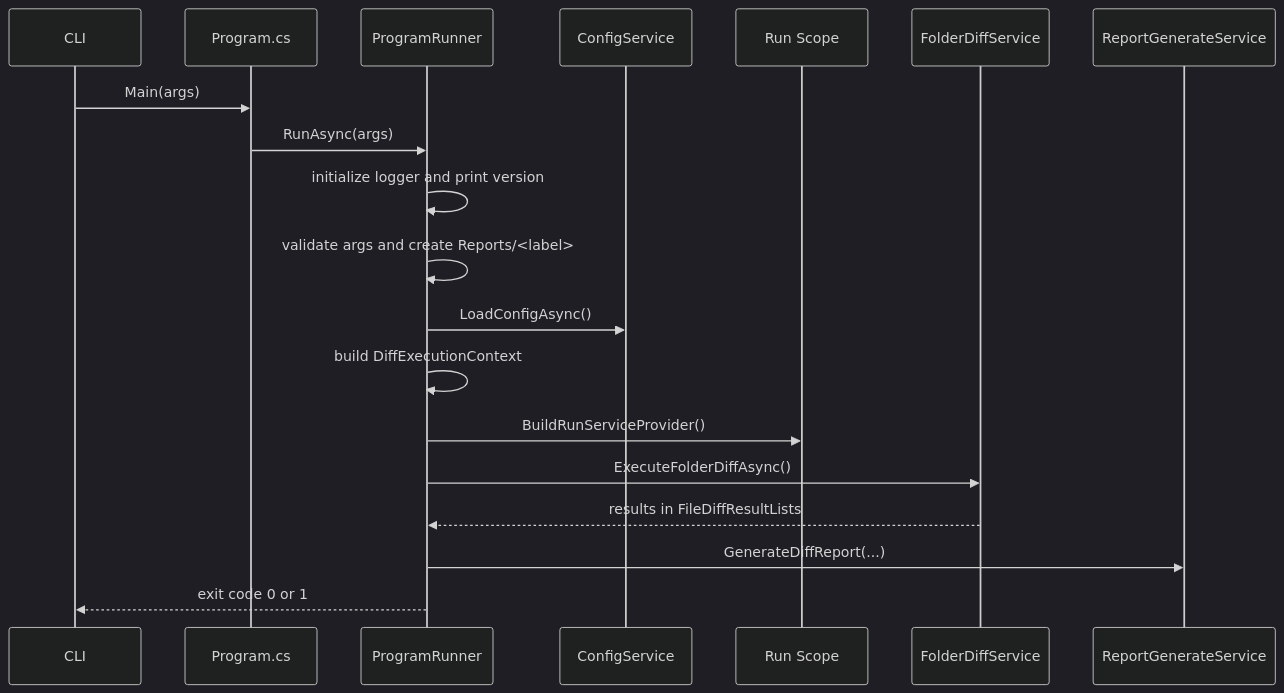
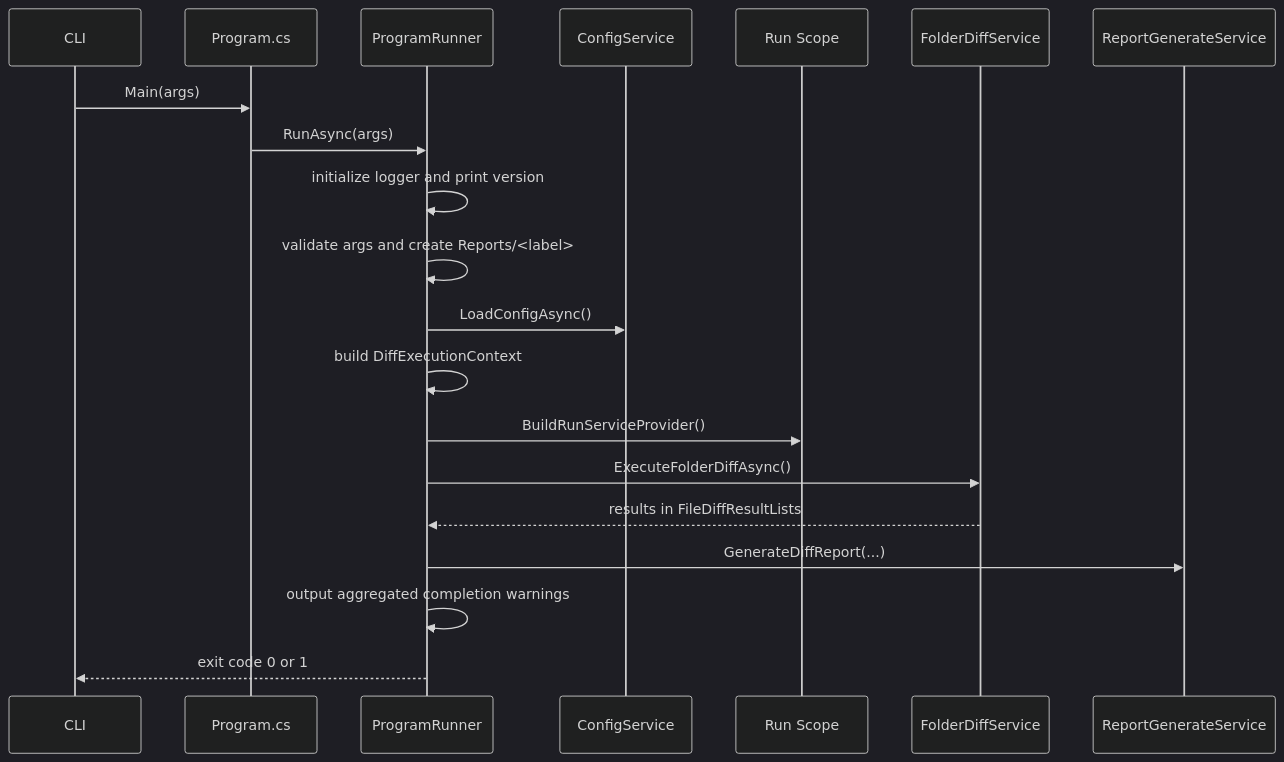
One commit to Widthdom/FolderDiffIL4DotNet changed the second of 10 diagrams in doc/DEVELOPER_GUIDE.md. Above: the diagram before and after it, drawn with Mermaid (dark theme). The commit also changed other lines of this file and 8 other files, not shown here.

````diff
--- a/doc/DEVELOPER_GUIDE.md
+++ b/doc/DEVELOPER_GUIDE.md
@@ -80,22 +80,23 @@
 ```mermaid
 sequenceDiagram
     participant CLI as CLI
     participant Program as Program.cs
     participant Runner as ProgramRunner
     participant Config as ConfigService
     participant Scope as Run Scope
     participant Diff as FolderDiffService
     participant Report as ReportGenerateService
 
     CLI->>Program: Main(args)
     Program->>Runner: RunAsync(args)
     Runner->>Runner: initialize logger and print version
     Runner->>Runner: validate args and create Reports/<label>
     Runner->>Config: LoadConfigAsync()
     Runner->>Runner: build DiffExecutionContext
     Runner->>Scope: BuildRunServiceProvider()
     Runner->>Diff: ExecuteFolderDiffAsync()
     Diff-->>Runner: results in FileDiffResultLists
     Runner->>Report: GenerateDiffReport(...)
+    Runner->>Runner: output aggregated completion warnings
     Runner-->>CLI: exit code 0 or 1
 ```
````
